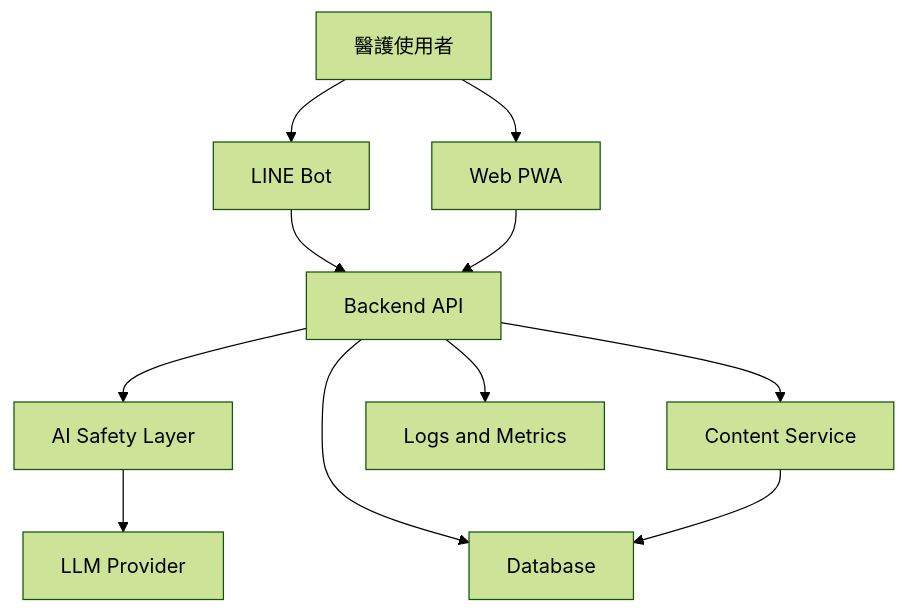
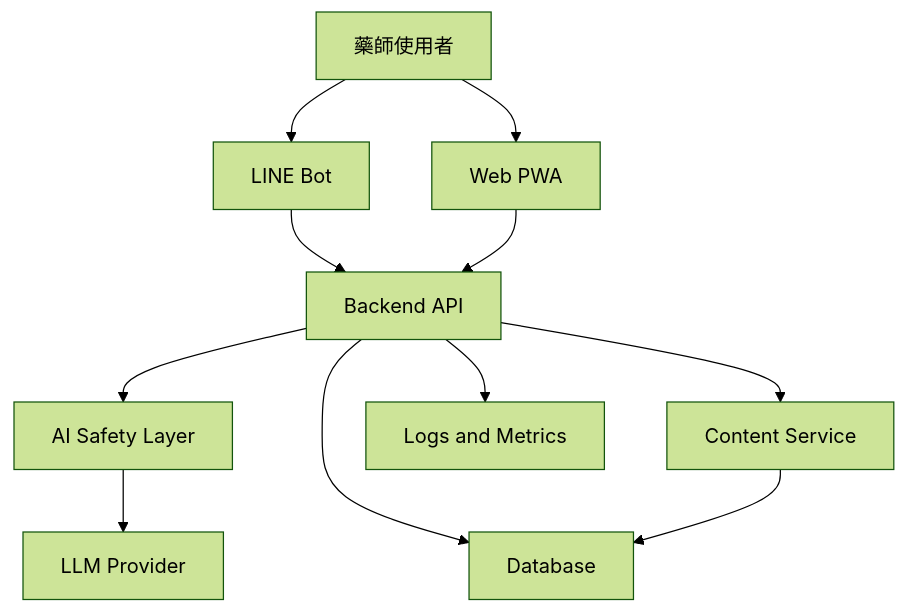
Before and after one commit to LCCtaiwan/pharmacist-tree-hollow: the diagram in docs/SDD.md, drawn with Mermaid (forest theme). The commit also changed other lines of this file and 43 other files, not shown here.

````diff
--- a/docs/SDD.md
+++ b/docs/SDD.md
@@ -95,13 +95,13 @@
 ```mermaid
 flowchart TD
-    U["醫護使用者"] --> L["LINE Bot"]
+    U["藥師使用者"] --> L["LINE Bot"]
     U --> W["Web PWA"]
     L --> API["Backend API"]
     W --> API
     API --> Safety["AI Safety Layer"]
     API --> Content["Content Service"]
     API --> Store["Database"]
     Safety --> LLM["LLM Provider"]
     Content --> Store
     API --> Observability["Logs and Metrics"]
 ```
````
